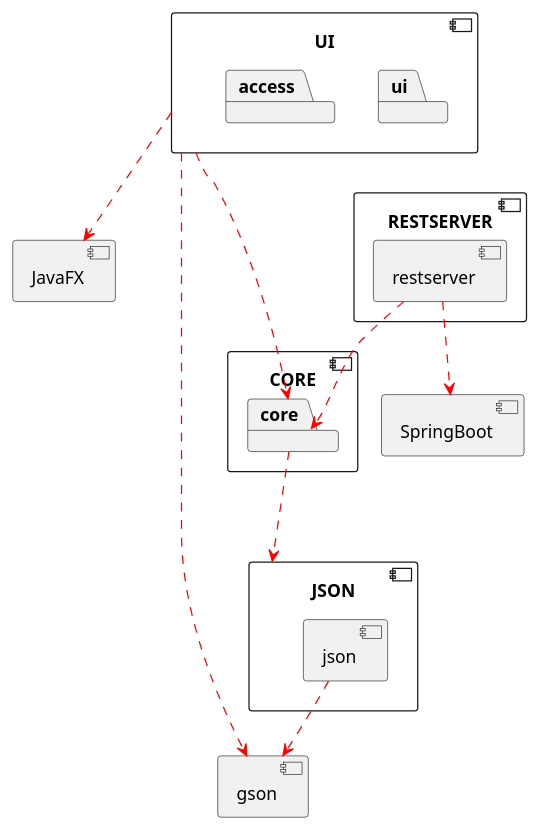
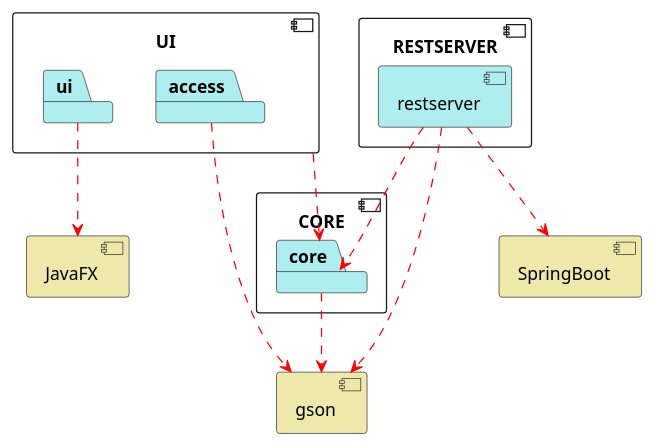
One commit to MadsJJ/Cookbook changed the diagram in cookbook/docs/release3/Diagrams/PackageDiagram.puml. Above: the diagram before and after it, drawn with PlantUML. The commit also changed 3 other files, not shown here.

Commit message:
Write documentation REST server, fundamentals and fix package diagram

```diff
--- a/cookbook/docs/release3/Diagrams/PackageDiagram.puml
+++ b/cookbook/docs/release3/Diagrams/PackageDiagram.puml
@@ -1,41 +1,37 @@
 @startuml Architecture Diagram
 
 component CORE {
-	package core
+	package core #PaleTurquoise
 }
 
 component UI {
-    package ui
-    package access
+    package ui #PaleTurquoise
+    package access #PaleTurquoise
 
 }
 
 
-component RESTSERVER {
-	component restserver {
+component RESTSERVER{
+	component restserver #PaleTurquoise {
 	}
 }
 
-component JSON {
-	component json {
-	}
+core -[#Red].> gson
+ui -[#Red].> JavaFX
+access -[#Red].> gson
+UI -[#Red].> core
+restserver -[#Red].> core
+restserver .[#Red].> gson
+restserver -[#Red].> SpringBoot
+
+
+component gson #PaleGoldenRod {
 }
 
-core -[#Red]..> JSON
-UI -[#Red].> JavaFX
-UI -[#Red]..> gson
-UI -[#Red]..> core
-restserver -[#Red].> core
-restserver -[#Red].> SpringBoot
-json -[#Red].> gson
-
-component gson {
+component JavaFX #PaleGoldenRod{
 }
 
-component JavaFX{
-}
-
-component SpringBoot{
+component SpringBoot #PaleGoldenRod{
 }
 
 @enduml
```
